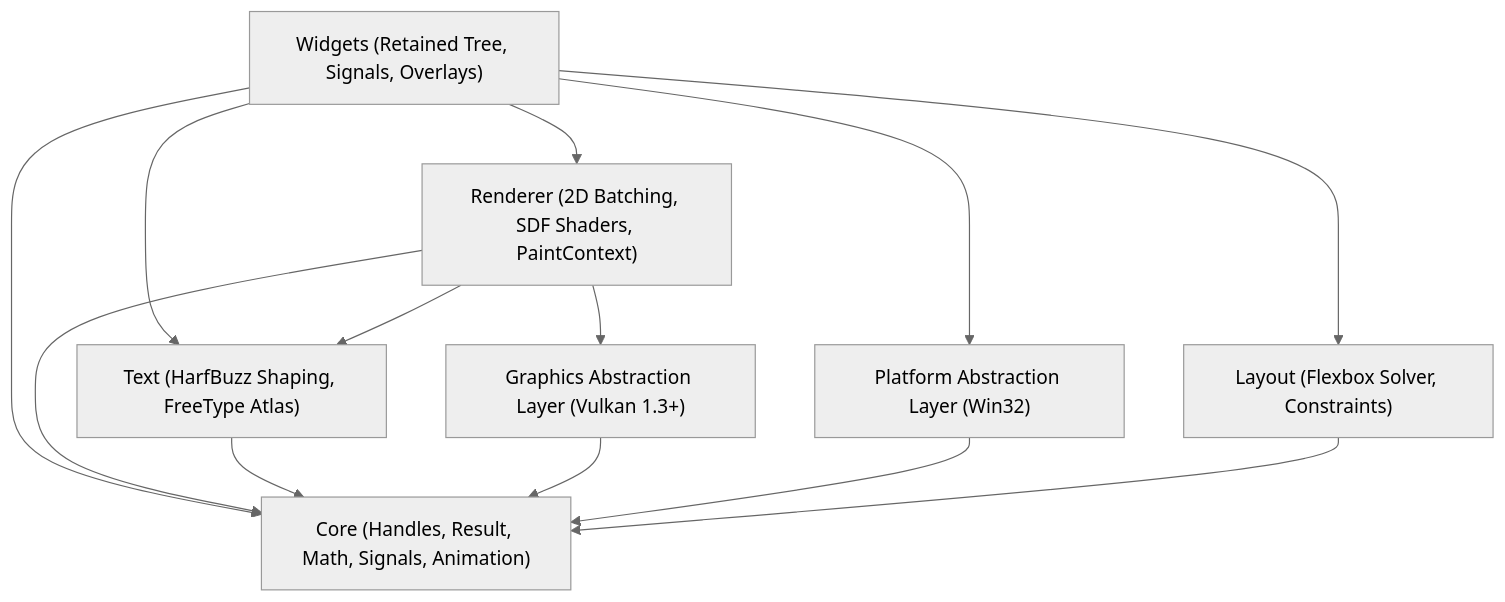
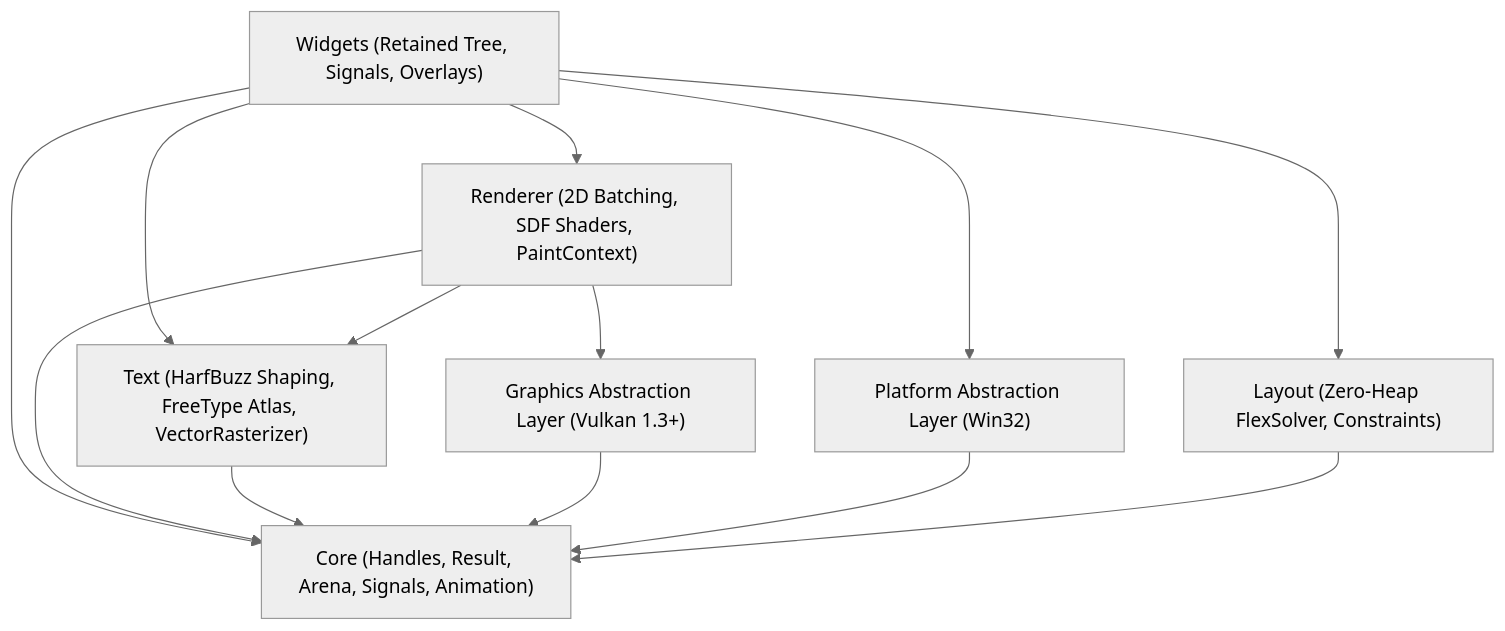
Before and after one commit to islahulkafa/northern: the diagram in README.md, drawn with Mermaid (neutral theme). The commit also changed other lines of this file and 102 other files, not shown here.

````diff
--- a/README.md
+++ b/README.md
@@ -97,23 +97,23 @@
 ```mermaid
 flowchart TD
     Widgets["Widgets (Retained Tree, Signals, Overlays)"]
-    Layout["Layout (Flexbox Solver, Constraints)"]
+    Layout["Layout (Zero-Heap FlexSolver, Constraints)"]
     Renderer["Renderer (2D Batching, SDF Shaders, PaintContext)"]
-    Text["Text (HarfBuzz Shaping, FreeType Atlas)"]
+    Text["Text (HarfBuzz Shaping, FreeType Atlas, VectorRasterizer)"]
     GAL["Graphics Abstraction Layer (Vulkan 1.3+)"]
     PAL["Platform Abstraction Layer (Win32)"]
-    Core["Core (Handles, Result, Math, Signals, Animation)"]
+    Core["Core (Handles, Result, Arena, Signals, Animation)"]
 
     Widgets --> Layout
     Widgets --> Renderer
     Widgets --> Text
     Widgets --> PAL
     Widgets --> Core
     Renderer --> GAL
     Renderer --> Text
     Renderer --> Core
     Text --> Core
     GAL --> Core
     PAL --> Core
     Layout --> Core
 ```
````
